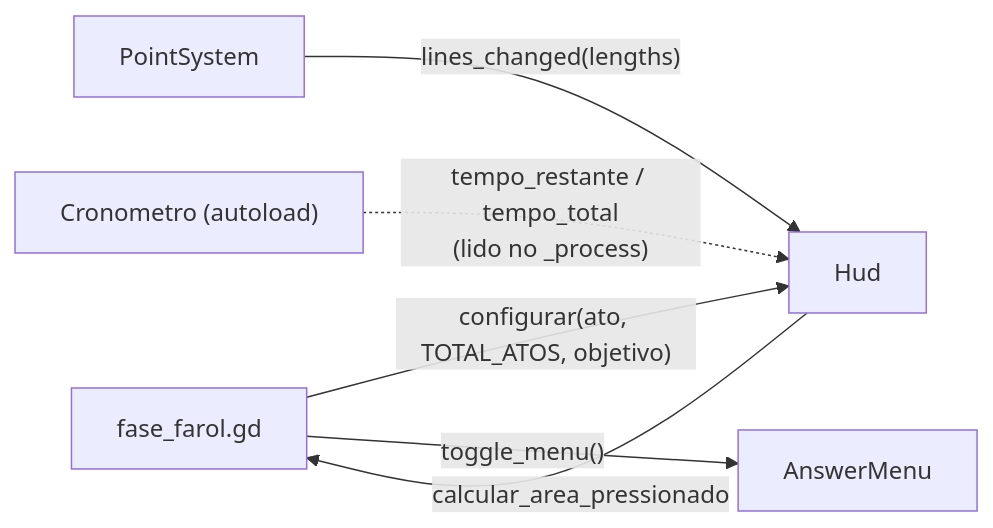
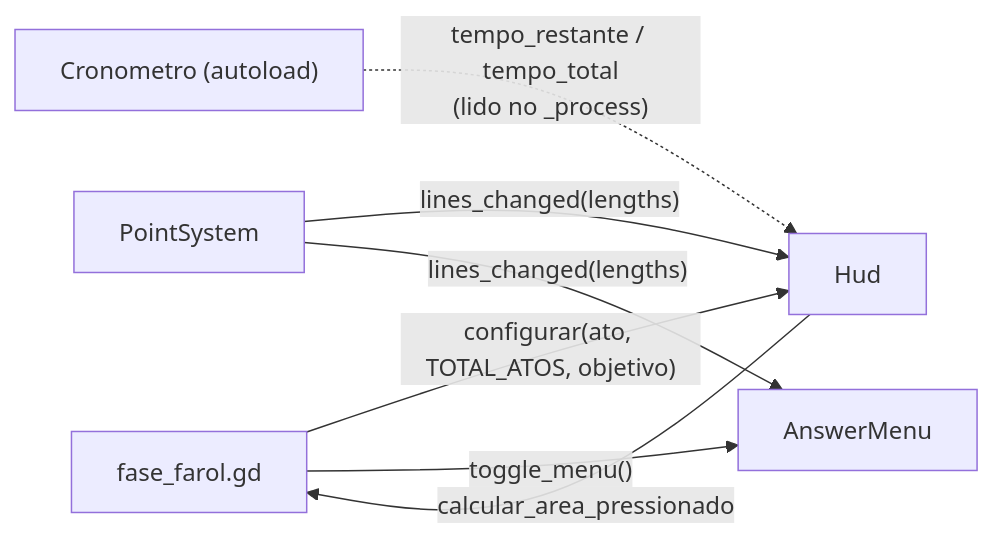
One commit to erasmossj/Filemetria changed the diagram in docs/HUD.md. Above: the diagram before and after it, drawn with Mermaid. The commit also changed other lines of this file and 9 other files, not shown here.

````diff
--- a/docs/HUD.md
+++ b/docs/HUD.md
@@ -19,8 +19,9 @@
 ```mermaid
 flowchart LR
     Fase["fase_farol.gd"] -- "configurar(ato, TOTAL_ATOS, objetivo)" --> Hud
     PS["PointSystem"] -- "lines_changed(lengths)" --> Hud
+    PS -- "lines_changed(lengths)" --> Menu
     Cron["Cronometro (autoload)"] -. "tempo_restante / tempo_total<br/>(lido no _process)" .-> Hud
     Hud -- "calcular_area_pressionado" --> Fase
     Fase -- "toggle_menu()" --> Menu["AnswerMenu"]
 ```
````
